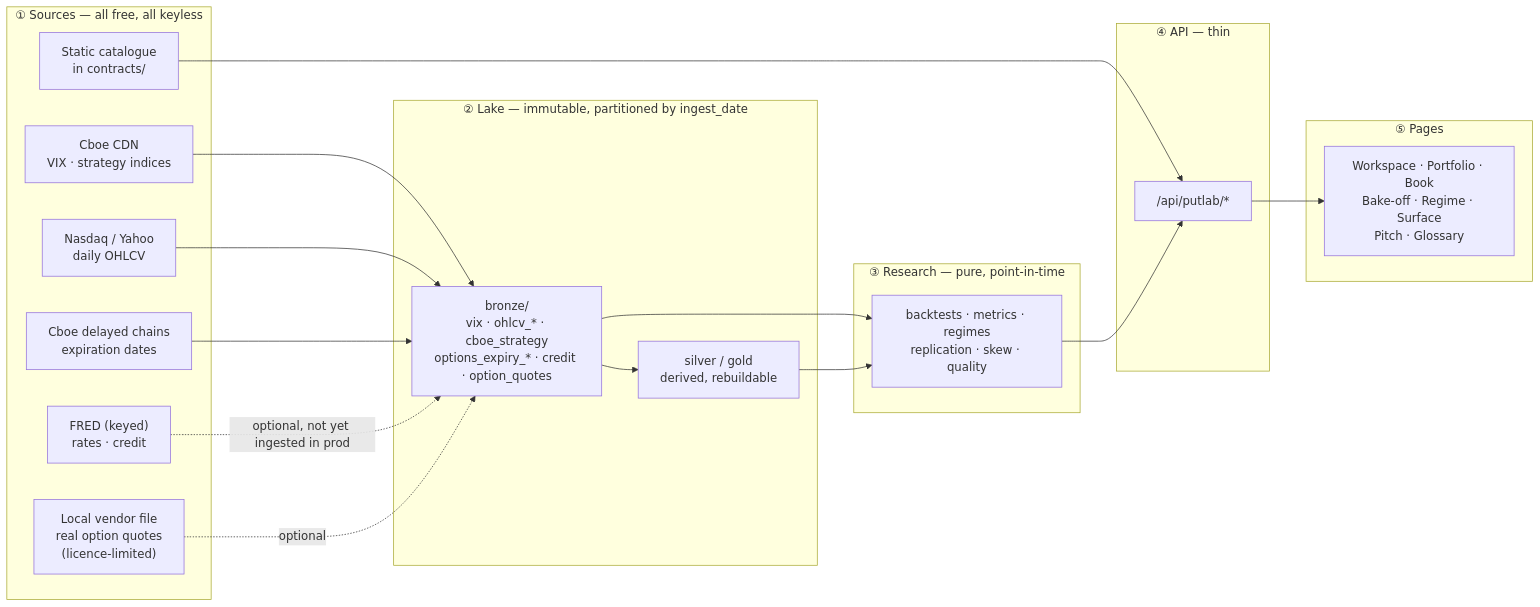
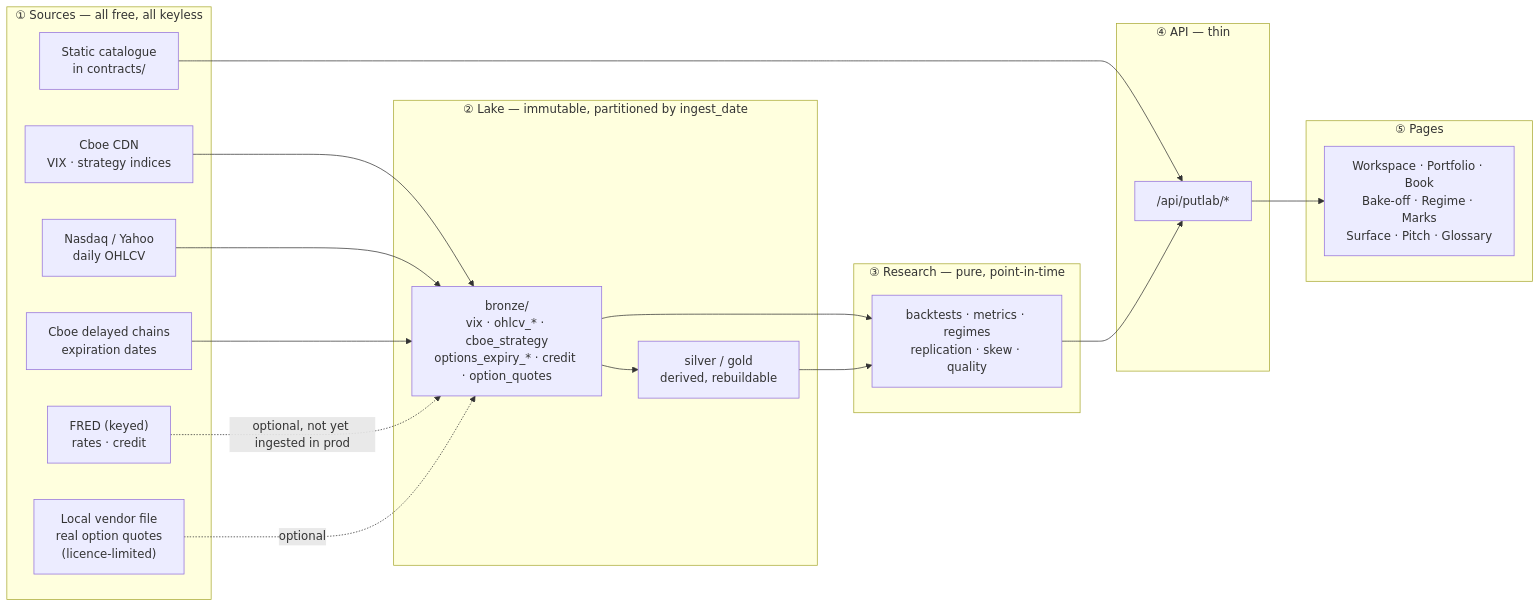
The first of 2 diagrams in docs/DATA_FLOW.md (diomavro/tail-lab), drawn with Mermaid before and after one commit. The commit also changed other lines of this file and 19 other files, not shown here.

First line of the commit message:
Marks: where the lake holds a usable put quote, by depth, tenor, month and regime (#175)

````diff
--- a/docs/DATA_FLOW.md
+++ b/docs/DATA_FLOW.md
@@ -25,36 +25,36 @@
 ```mermaid
 flowchart LR
     subgraph S["① Sources — all free, all keyless"]
         CBOE["Cboe CDN<br/>VIX · strategy indices"]
         NDQ["Nasdaq / Yahoo<br/>daily OHLCV"]
         CHAIN["Cboe delayed chains<br/>expiration dates"]
         FRED["FRED (keyed)<br/>rates · credit"]
         LOCAL["Local vendor file<br/>real option quotes<br/>(licence-limited)"]
         STATIC["Static catalogue<br/>in contracts/"]
     end
     subgraph L["② Lake — immutable, partitioned by ingest_date"]
         BRONZE["bronze/<br/>vix · ohlcv_* · cboe_strategy<br/>options_expiry_* · credit · option_quotes"]
         SG["silver / gold<br/>derived, rebuildable"]
     end
     subgraph R["③ Research — pure, point-in-time"]
         CALC["backtests · metrics · regimes<br/>replication · skew · quality"]
     end
     subgraph A["④ API — thin"]
         ROUTES["/api/putlab/*"]
     end
     subgraph U["⑤ Pages"]
-        PAGES["Workspace · Portfolio · Book<br/>Bake-off · Regime · Surface<br/>Pitch · Glossary"]
+        PAGES["Workspace · Portfolio · Book<br/>Bake-off · Regime · Marks<br/>Surface · Pitch · Glossary"]
     end
 
     CBOE --> BRONZE
     NDQ --> BRONZE
     CHAIN --> BRONZE
     FRED -.optional, not yet ingested in prod.-> BRONZE
     LOCAL -.optional.-> BRONZE
     STATIC --> ROUTES
     BRONZE --> SG
     BRONZE --> CALC
     SG --> CALC
     CALC --> ROUTES
     ROUTES --> PAGES
 ```
````
